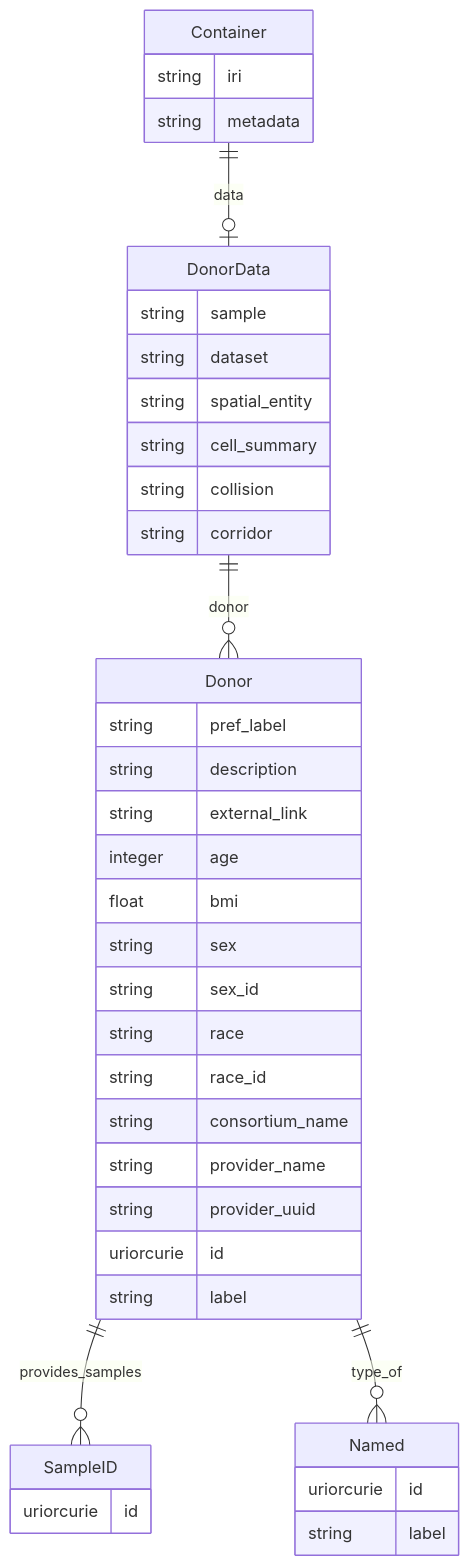
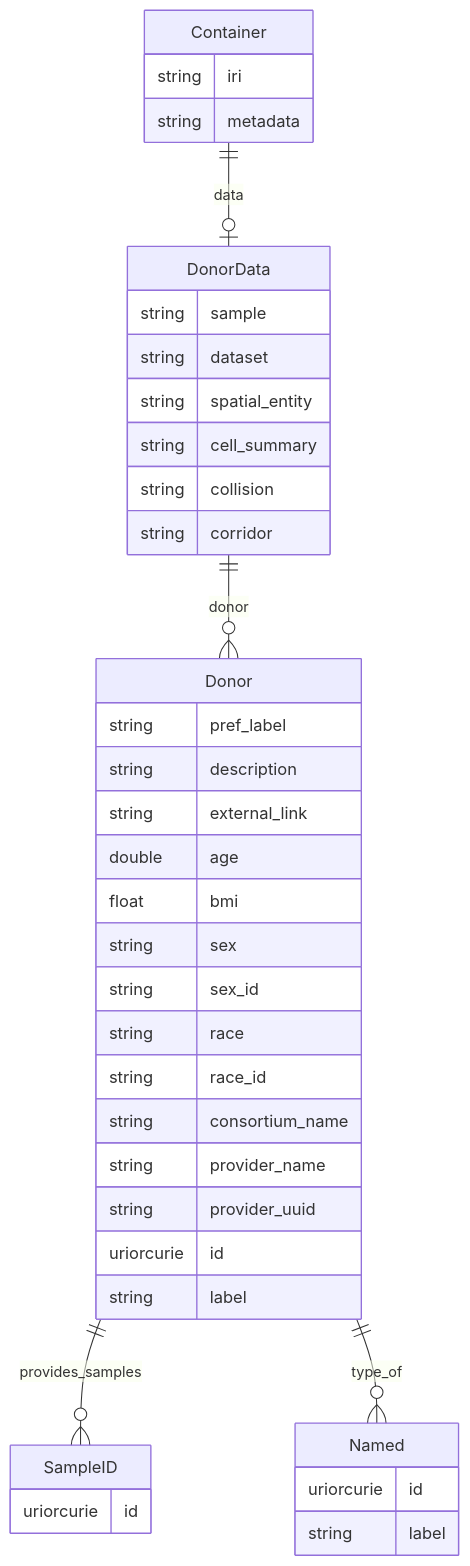
Before and after one commit to hubmapconsortium/hra-do-processor: the ninth of 18 diagrams in er-diagrams.md, drawn with Mermaid. The commit also changed other lines of this file and 2 other files, not shown here.

Commit message:
Update ER diagrams

````diff
--- a/er-diagrams.md
+++ b/er-diagrams.md
@@ -452,44 +452,44 @@
 ```mermaid
 erDiagram
 Container {
     string iri  
     string metadata  
 }
 DonorData {
     string sample  
     string dataset  
     string spatial_entity  
     string cell_summary  
     string collision  
     string corridor  
 }
 Donor {
     string pref_label  
     string description  
     string external_link  
-    integer age  
+    double age  
     float bmi  
     string sex  
     string sex_id  
     string race  
     string race_id  
     string consortium_name  
     string provider_name  
     string provider_uuid  
     uriorcurie id  
     string label  
 }
 Named {
     uriorcurie id  
     string label  
 }
 SampleID {
     uriorcurie id  
 }
 
 Container ||--|o DonorData : "data"
 DonorData ||--}o Donor : "donor"
 Donor ||--}o SampleID : "provides_samples"
 Donor ||--}o Named : "type_of"
 
 ```
````
